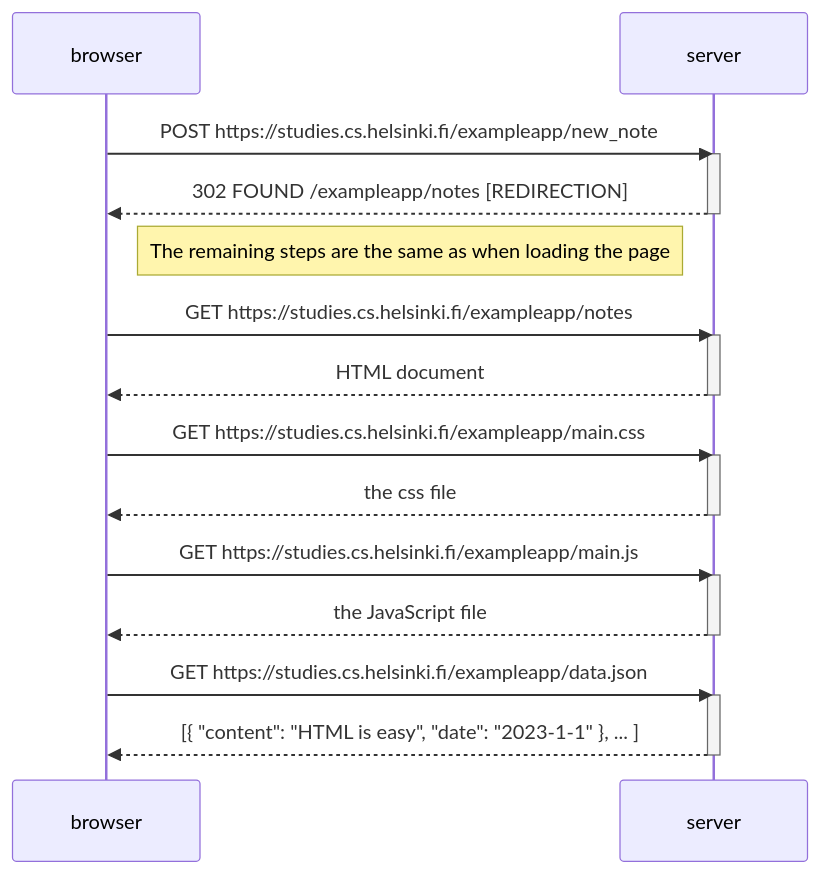
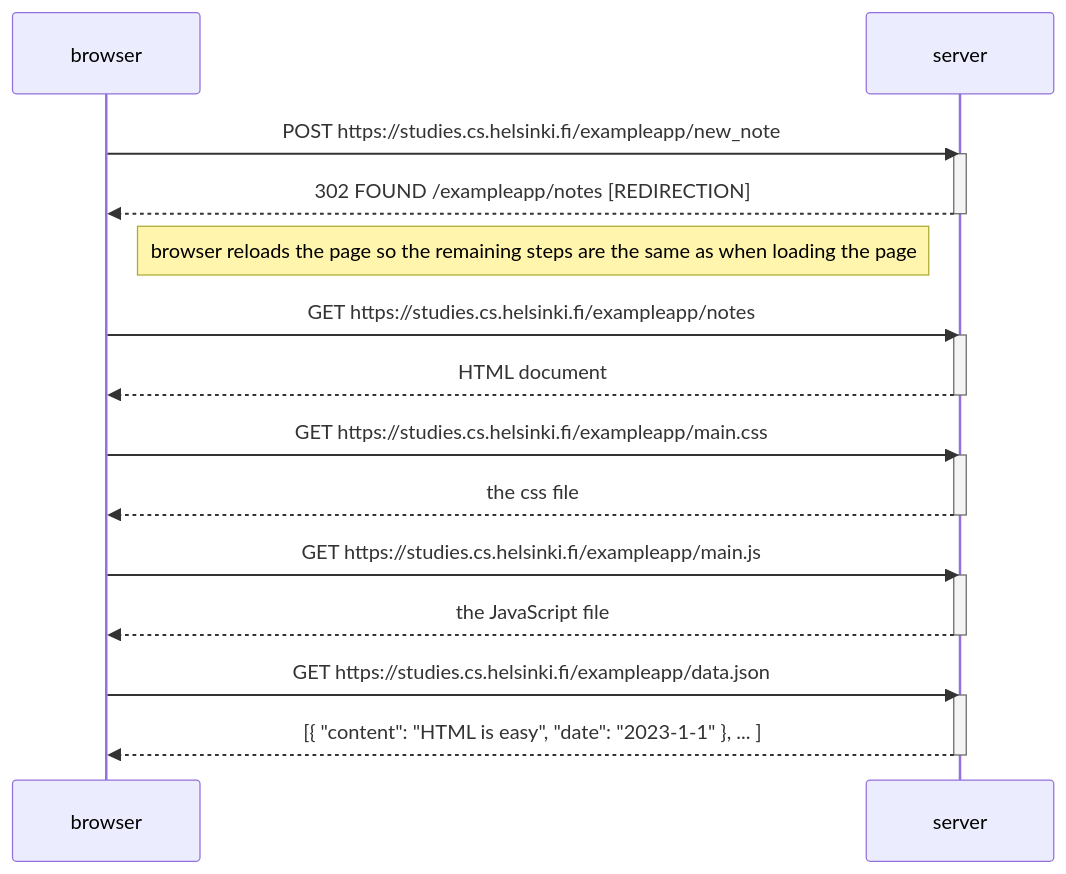
One commit to esotericpanda/FSO changed the diagram in part0/exercises_4-6.md. Above: the diagram before and after it, drawn with Mermaid.

Commit message:
fix wording in ex. 4

````diff
--- a/part0/exercises_4-6.md
+++ b/part0/exercises_4-6.md
@@ -3,33 +3,33 @@
 ```mermaid
 sequenceDiagram
     participant browser
     participant server
     
     browser->>server: POST https://studies.cs.helsinki.fi/exampleapp/new_note
     activate server
     server-->>browser: 302 FOUND /exampleapp/notes [REDIRECTION]
     deactivate server
     
-    Note right of browser: The remaining steps are the same as when loading the page
+    Note right of browser: browser reloads the page so the remaining steps are the same as when loading the page
 
     browser->>server: GET https://studies.cs.helsinki.fi/exampleapp/notes
     activate server
     server-->>browser: HTML document
     deactivate server
     
     browser->>server: GET https://studies.cs.helsinki.fi/exampleapp/main.css
     activate server
     server-->>browser: the css file
     deactivate server
     
     browser->>server: GET https://studies.cs.helsinki.fi/exampleapp/main.js
     activate server
     server-->>browser: the JavaScript file
     deactivate server
     
    
     browser->>server: GET https://studies.cs.helsinki.fi/exampleapp/data.json
     activate server
     server-->>browser: [{ "content": "HTML is easy", "date": "2023-1-1" }, ... ]
     deactivate server    
 ```
````
